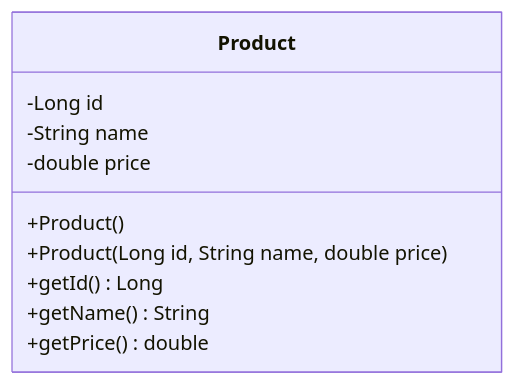
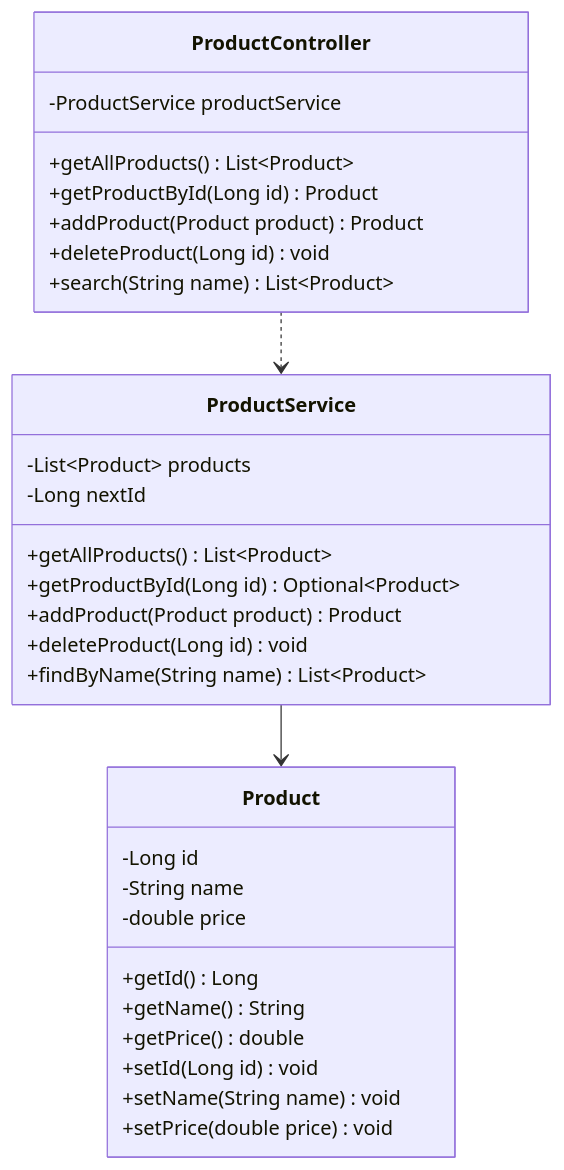
Before and after one commit to ulfakamil06/products-api: the diagram in products.api/docs/uml/Product.md, drawn with Mermaid.

Commit message:
Tutorial 3: ProductService with List - four CRUD endpoints working

````diff
--- a/products.api/docs/uml/Product.md
+++ b/products.api/docs/uml/Product.md
@@ -1,13 +1,33 @@
 ```mermaid
 classDiagram
     class Product {
         -Long id
         -String name
         -double price
-        +Product()
-        +Product(Long id, String name, double price)
         +getId() Long
         +getName() String
         +getPrice() double
+        +setId(Long id) void
+        +setName(String name) void
+        +setPrice(double price) void
     }
+    class ProductService {
+        -List~Product~ products
+        -Long nextId
+        +getAllProducts() List~Product~
+        +getProductById(Long id) Optional~Product~
+        +addProduct(Product product) Product
+        +deleteProduct(Long id) void
+        +findByName(String name) List~Product~
+    }
+    class ProductController {
+        -ProductService productService
+        +getAllProducts() List~Product~
+        +getProductById(Long id) Product
+        +addProduct(Product product) Product
+        +deleteProduct(Long id) void
+        +search(String name) List~Product~
+    }
+    ProductController ..> ProductService
+    ProductService --> Product
 ```
````
